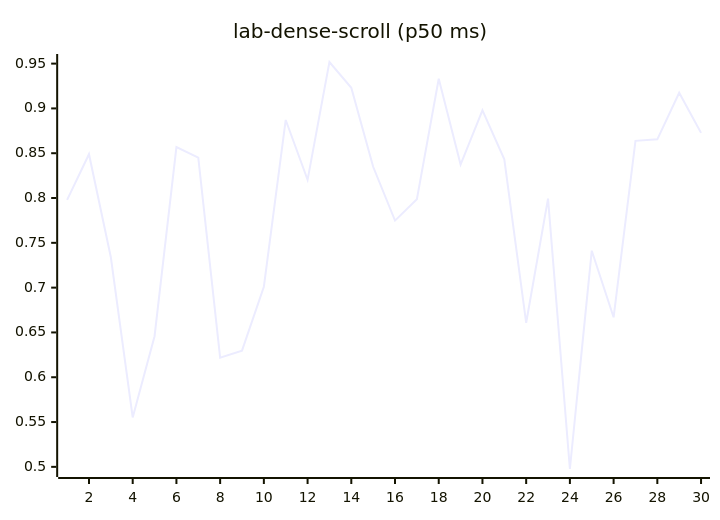
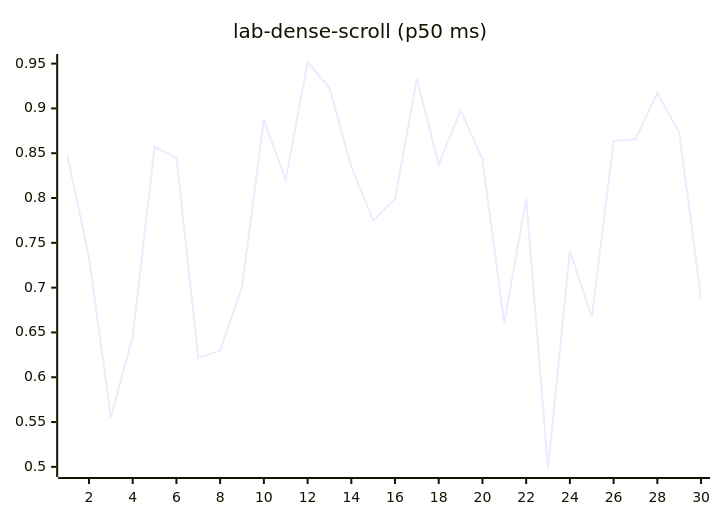
One commit to josha/Facet changed diagram 12 of 27 in README.md. Above: the diagram before and after it, drawn with Mermaid. The commit also changed other lines of this file and 2 other files, not shown here.

````diff
--- a/README.md
+++ b/README.md
@@ -140,6 +140,6 @@
 ```mermaid
 xychart-beta
     title "lab-dense-scroll (p50 ms)"
     x-axis 1 --> 30
-    line [0.7979, 0.8489, 0.7339, 0.5552, 0.6458, 0.8568, 0.8450, 0.6219, 0.6297, 0.7010, 0.8871, 0.8203, 0.9518, 0.9230, 0.8349, 0.7748, 0.7987, 0.9331, 0.8374, 0.8979, 0.8432, 0.6608, 0.7993, 0.4976, 0.7412, 0.6669, 0.8638, 0.8655, 0.9174, 0.8727]
+    line [0.8489, 0.7339, 0.5552, 0.6458, 0.8568, 0.8450, 0.6219, 0.6297, 0.7010, 0.8871, 0.8203, 0.9518, 0.9230, 0.8349, 0.7748, 0.7987, 0.9331, 0.8374, 0.8979, 0.8432, 0.6608, 0.7993, 0.4976, 0.7412, 0.6669, 0.8638, 0.8655, 0.9174, 0.8727, 0.6887]
 ```
````
